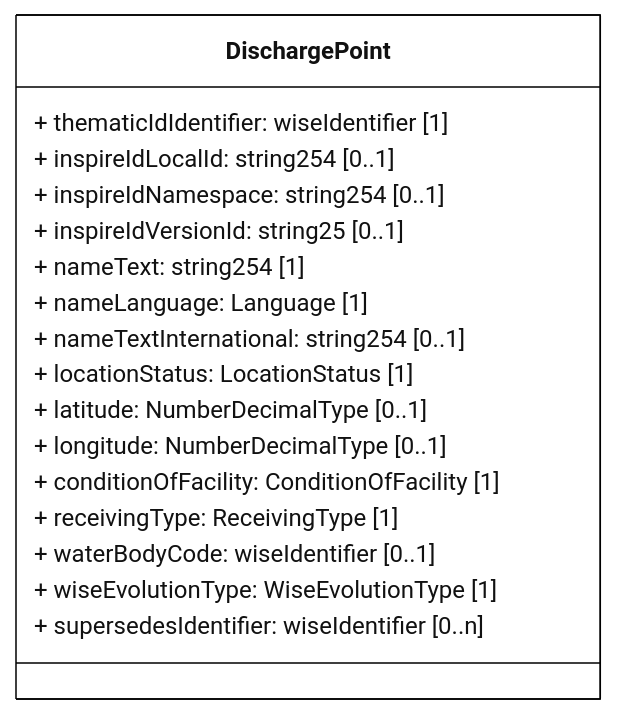
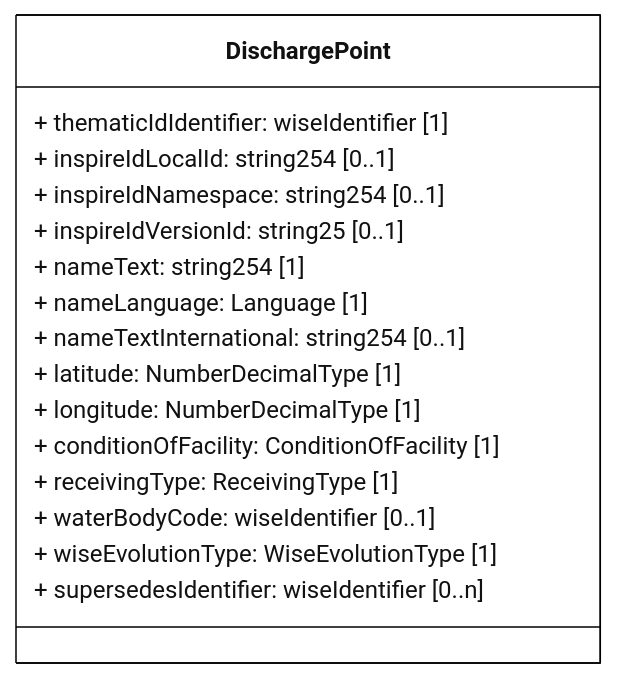
The diagram in docs/rUWWTD2024/SpatialPoints/mmd/SpatialPoints_DischargePoint_ClassDiagram.mmd (eeadata/WISE.UWWTD.Documentation), drawn with Mermaid before and after one commit. The commit also changed 12 other files, not shown here.

```diff
--- a/docs/rUWWTD2024/SpatialPoints/mmd/SpatialPoints_DischargePoint_ClassDiagram.mmd
+++ b/docs/rUWWTD2024/SpatialPoints/mmd/SpatialPoints_DischargePoint_ClassDiagram.mmd
@@ -1,29 +1,28 @@
 ---
 config:
   class:
     hideEmptyMembersBox: true
   layout: dagre
   theme: neutral
 ---
 classDiagram
 direction LR
 class DischargePoint {
     + thematicIdIdentifier: wiseIdentifier [1]
     + inspireIdLocalId: string254 [0..1]
     + inspireIdNamespace: string254 [0..1]
     + inspireIdVersionId: string25 [0..1]
     + nameText: string254 [1]
     + nameLanguage: Language [1]
     + nameTextInternational: string254 [0..1]
-    + locationStatus: LocationStatus [1]
-    + latitude: NumberDecimalType [0..1]
-    + longitude: NumberDecimalType [0..1]
+    + latitude: NumberDecimalType [1]
+    + longitude: NumberDecimalType [1]
     + conditionOfFacility: ConditionOfFacility [1]
     + receivingType: ReceivingType [1]
     + waterBodyCode: wiseIdentifier [0..1]
     + wiseEvolutionType: WiseEvolutionType [1]
     + supersedesIdentifier: wiseIdentifier [0..n]
 }
 
 classDef default fill:white,stroke:#000;
 classDef forFixing fill:white,stroke:#f00;
```
